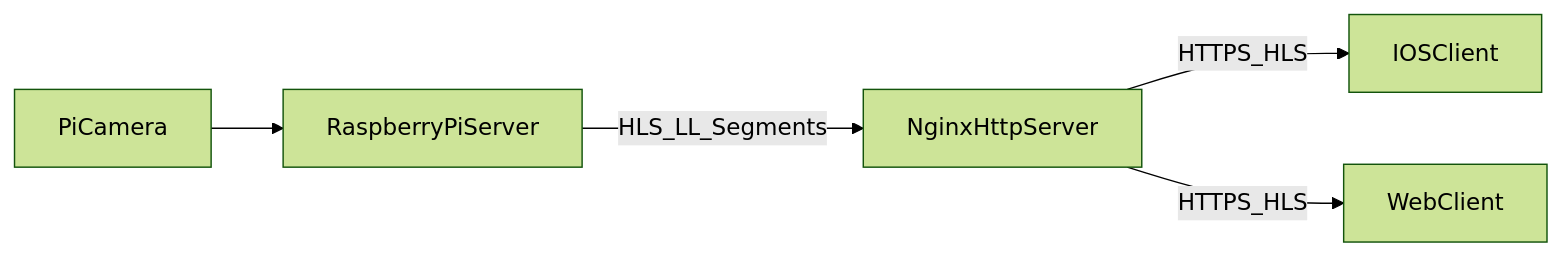
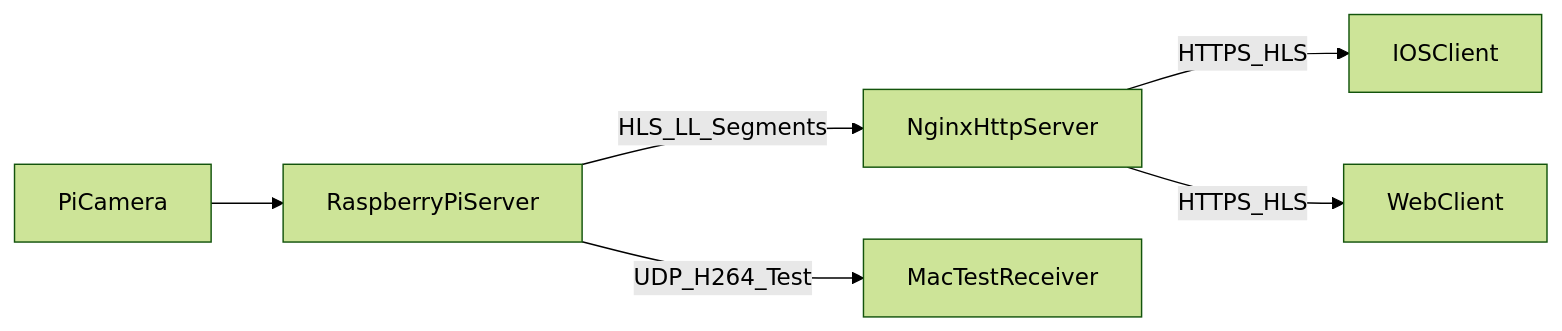
Before and after one commit to Pentagram-Sofware/udp-video-receiver: the first of 2 diagrams in docs/architecture/ARC42.md, drawn with Mermaid (forest theme). The commit also changed other lines of this file and 3 other files, not shown here.

Commit message:
Update of architecture

````diff
--- a/docs/architecture/ARC42.md
+++ b/docs/architecture/ARC42.md
@@ -39,13 +42,15 @@
 ```mermaid
 flowchart LR
     PiServer["RaspberryPiServer"]
     Camera["PiCamera"]
     HttpServer["NginxHttpServer"]
     IOS["IOSClient"]
     Web["WebClient"]
+    Mac["MacTestReceiver"]
 
     Camera --> PiServer
     PiServer -->|"HLS_LL_Segments"| HttpServer
     HttpServer -->|"HTTPS_HLS"| IOS
     HttpServer -->|"HTTPS_HLS"| Web
+    PiServer -->|"UDP_H264_Test"| Mac
 ```
````
